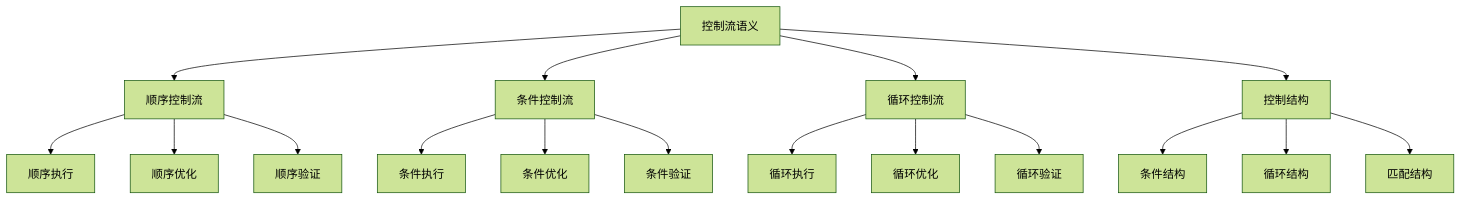
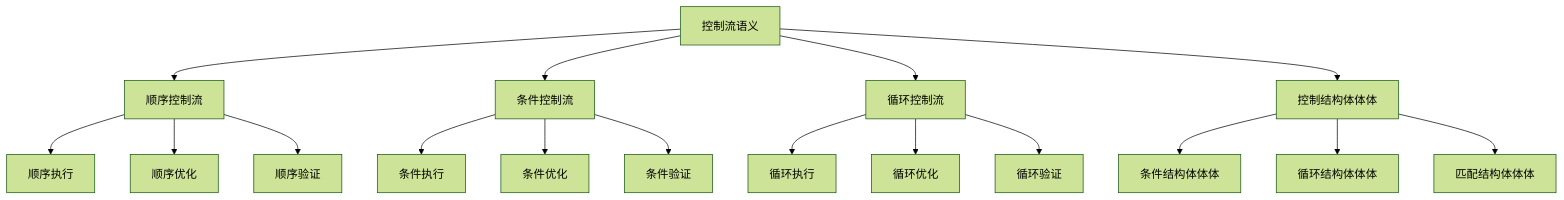
Before and after one commit to martin-ly/rust-lang: the diagram in formal_rust/refactor/01_core_theory/02_control_semantics/01_control_flow_semantics.md, drawn with Mermaid (forest theme). The commit also changed other lines of this file and 5740 other files, not shown here.

````diff
--- a/formal_rust/refactor/01_core_theory/02_control_semantics/01_control_flow_semantics.md
+++ b/formal_rust/refactor/01_core_theory/02_control_semantics/01_control_flow_semantics.md
@@ -126,23 +126,23 @@
 ```mermaid
 graph TD
     A[控制流语义] --> B[顺序控制流]
     A --> C[条件控制流]
     A --> D[循环控制流]
-    A --> E[控制结构]
+    A --> E[控制结构体体体]
     
     B --> B1[顺序执行]
     B --> B2[顺序优化]
     B --> B3[顺序验证]
     
     C --> C1[条件执行]
     C --> C2[条件优化]
     C --> C3[条件验证]
     
     D --> D1[循环执行]
     D --> D2[循环优化]
     D --> D3[循环验证]
     
-    E --> E1[条件结构]
-    E --> E2[循环结构]
-    E --> E3[匹配结构]
+    E --> E1[条件结构体体体]
+    E --> E2[循环结构体体体]
+    E --> E3[匹配结构体体体]
 ```
````
